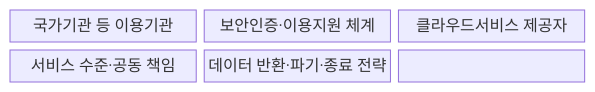
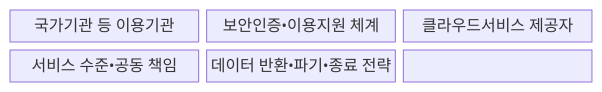
Before and after one commit to agnusdei1207/knowledge-base: the first of 2 diagrams in src/content/docs/notes/07-law-policy/027_cloud_computing_act.md, drawn with Mermaid. The commit also changed other lines of this file and 953 other files, not shown here.

````diff
--- a/src/content/docs/notes/07-law-policy/027_cloud_computing_act.md
+++ b/src/content/docs/notes/07-law-policy/027_cloud_computing_act.md
@@ -70,11 +70,11 @@
 ```mermaid
 block-beta
   columns 3
   N0["국가기관 등 이용기관"]
-  N1["보안인증·이용지원 체계"]
+  N1["보안인증•이용지원 체계"]
   N2["클라우드서비스 제공자"]
-  N3["서비스 수준·공동 책임"]
-  N4["데이터 반환·파기·종료 전략"]
+  N3["서비스 수준•공동 책임"]
+  N4["데이터 반환•파기•종료 전략"]
   N0 --- N1 --- N2
   N2 --- N3 --- N4
 ```
````
